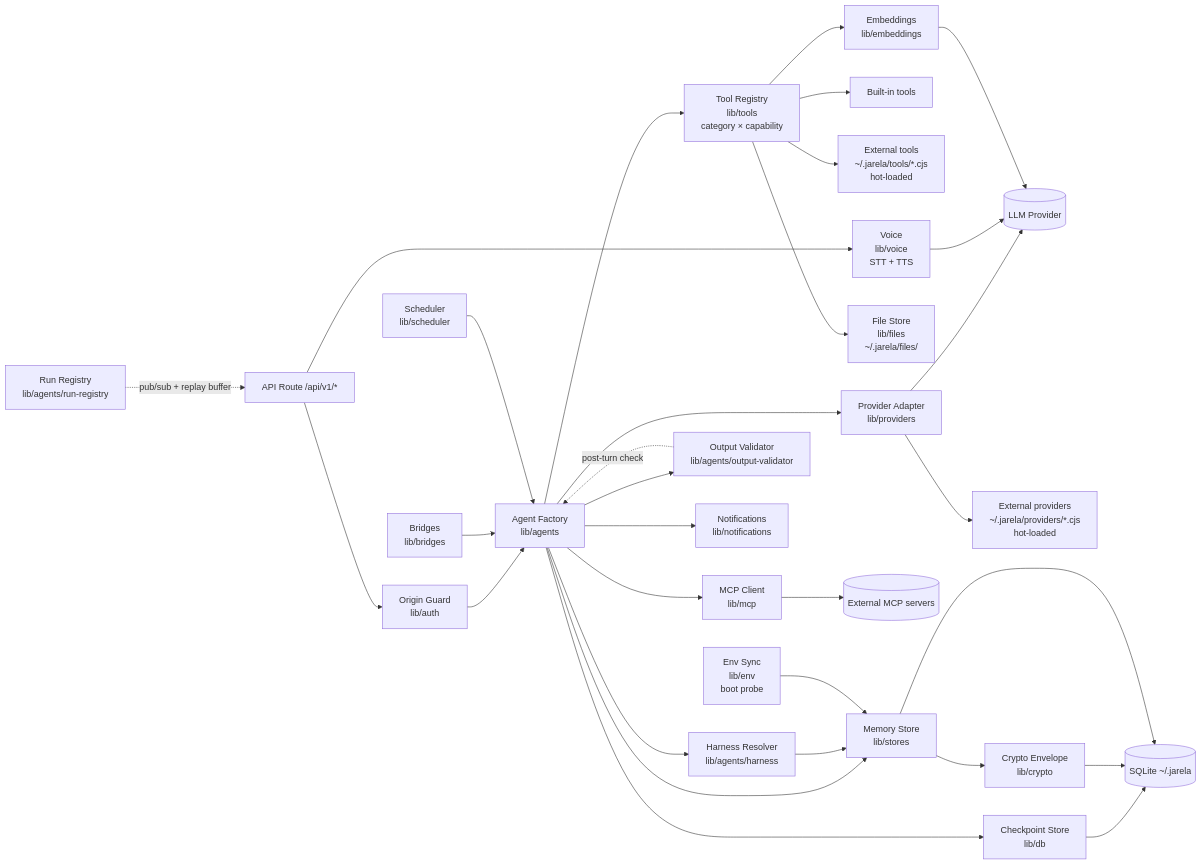
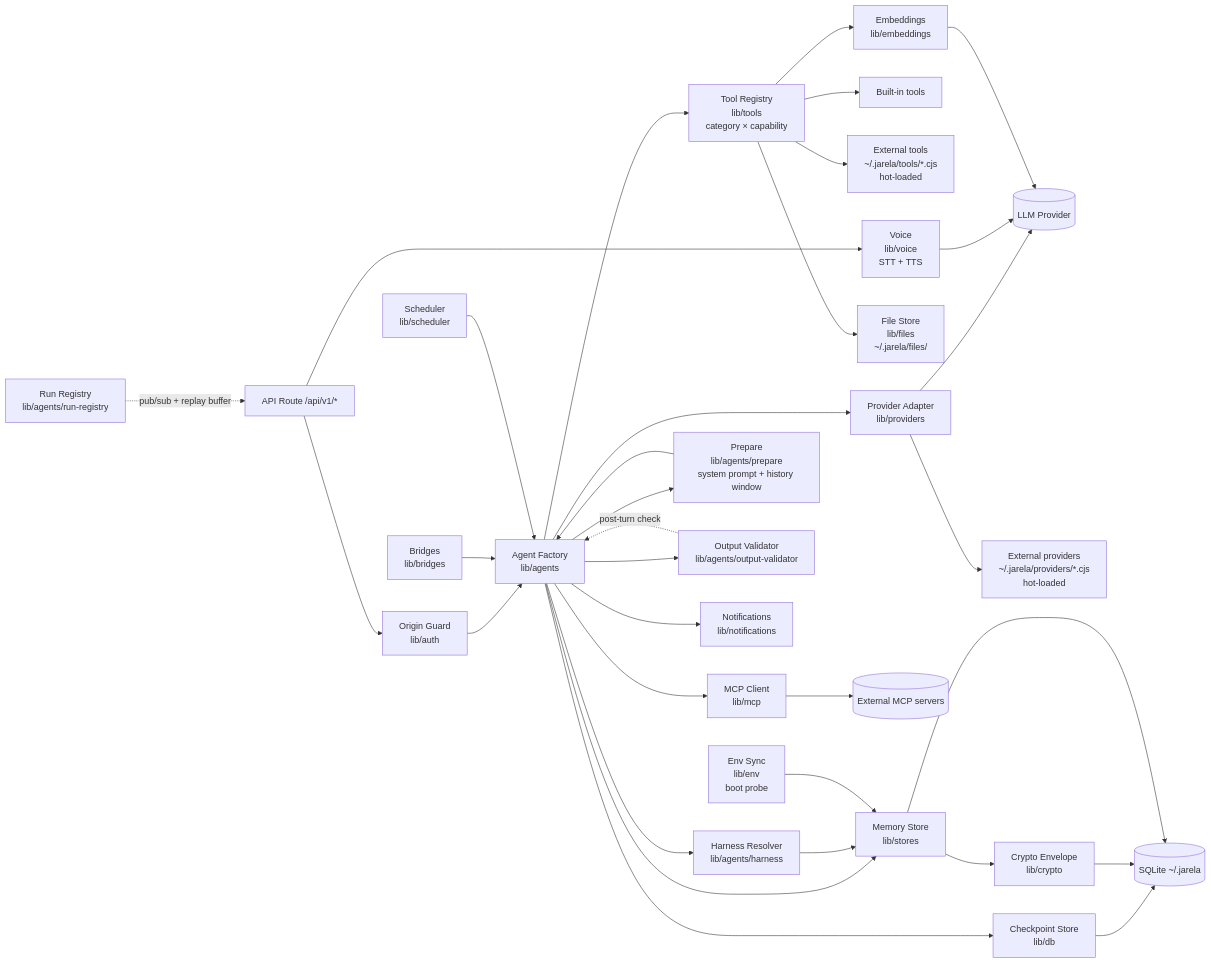
Before and after one commit to CircuitWall/jarela: the second of 7 diagrams in docs/ARCHITECTURE.md, drawn with Mermaid. The commit also changed 12 other files, not shown here.

First line of the commit message:
refactor(agents): decompose prepareThreadRun (ADR-0039)

````diff
--- a/docs/ARCHITECTURE.md
+++ b/docs/ARCHITECTURE.md
@@ -106,33 +106,35 @@
 ```mermaid
 flowchart LR
     A[API Route /api/v1/*] --> G0[Origin Guard<br/>lib/auth]
     G0 --> B[Agent Factory<br/>lib/agents]
     B --> C[Provider Adapter<br/>lib/providers]
     B --> D[Tool Registry<br/>lib/tools<br/>category × capability]
     B --> E[MCP Client<br/>lib/mcp]
     C --> F[(LLM Provider)]
     C --> XP[External providers<br/>~/.jarela/providers/*.cjs<br/>hot-loaded]
     D --> G[Built-in tools]
     D --> XT[External tools<br/>~/.jarela/tools/*.cjs<br/>hot-loaded]
     D --> EM[Embeddings<br/>lib/embeddings]
     D --> FS[File Store<br/>lib/files<br/>~/.jarela/files/]
     A --> V[Voice<br/>lib/voice<br/>STT + TTS]
     V --> F
     EM --> F
     E --> H[(External MCP servers)]
     B --> I[Checkpoint Store<br/>lib/db]
     I --> J[(SQLite ~/.jarela)]
     B --> K[Memory Store<br/>lib/stores]
     B --> HR[Harness Resolver<br/>lib/agents/harness]
     HR --> K
+    B --> PR[Prepare<br/>lib/agents/prepare<br/>system prompt + history window]
+    PR --> B
     B --> OV[Output Validator<br/>lib/agents/output-validator]
     OV -.post-turn check.-> B
     K --> CR[Crypto Envelope<br/>lib/crypto]
     CR --> J
     K --> J
     B --> L[Notifications<br/>lib/notifications]
     BR[Bridges<br/>lib/bridges] --> B
     SC[Scheduler<br/>lib/scheduler] --> B
     EN[Env Sync<br/>lib/env<br/>boot probe] --> K
     RR[Run Registry<br/>lib/agents/run-registry] -.pub/sub + replay buffer.-> A
 ```
````
